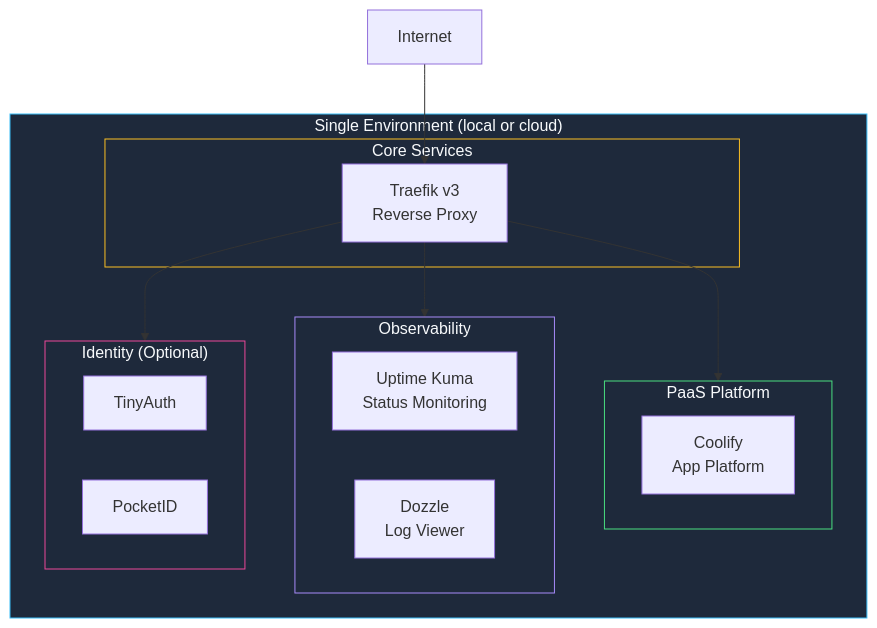
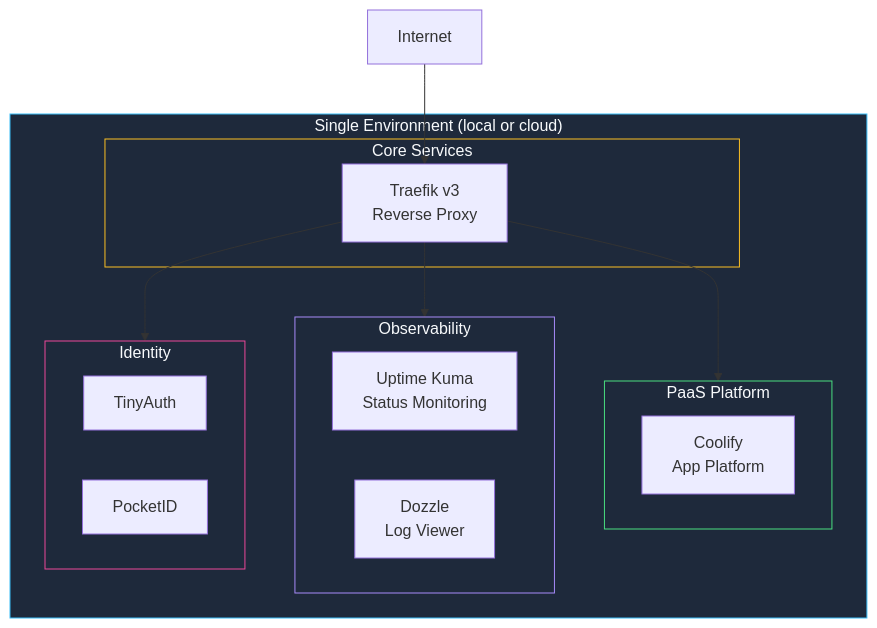
The diagram in stackkits/kits/base-kit.mdx (KombiverseLabs/mintlify-docs), drawn with Mermaid before and after one commit. The commit also changed other lines of this file and 29 other files, not shown here.

````diff
--- a/stackkits/kits/base-kit.mdx
+++ b/stackkits/kits/base-kit.mdx
@@ -18,33 +18,33 @@
 ```mermaid
 graph TB
     subgraph Env["Single Environment (local or cloud)"]
         subgraph Core["Core Services"]
             Traefik["Traefik v3<br/>Reverse Proxy"]
         end
         
         subgraph Platform["PaaS Platform"]
             Coolify["Coolify<br/>App Platform"]
         end
         
         subgraph Monitoring["Observability"]
             UptimeKuma["Uptime Kuma<br/>Status Monitoring"]
             Dozzle["Dozzle<br/>Log Viewer"]
         end
         
-        subgraph Identity["Identity (Optional)"]
+        subgraph Identity["Identity"]
             TinyAuth["TinyAuth"]
             PocketID["PocketID"]
         end
     end
     
     Internet["Internet"] --> Traefik
     Traefik --> Platform
     Traefik --> Monitoring
     Traefik --> Identity
     
     style Env fill:#1e293b,stroke:#38bdf8,color:#f8fafc
     style Core fill:#1e293b,stroke:#fbbf24,color:#f8fafc
     style Platform fill:#1e293b,stroke:#4ade80,color:#f8fafc
     style Monitoring fill:#1e293b,stroke:#a78bfa,color:#f8fafc
     style Identity fill:#1e293b,stroke:#ec4899,color:#f8fafc
 ```
````
